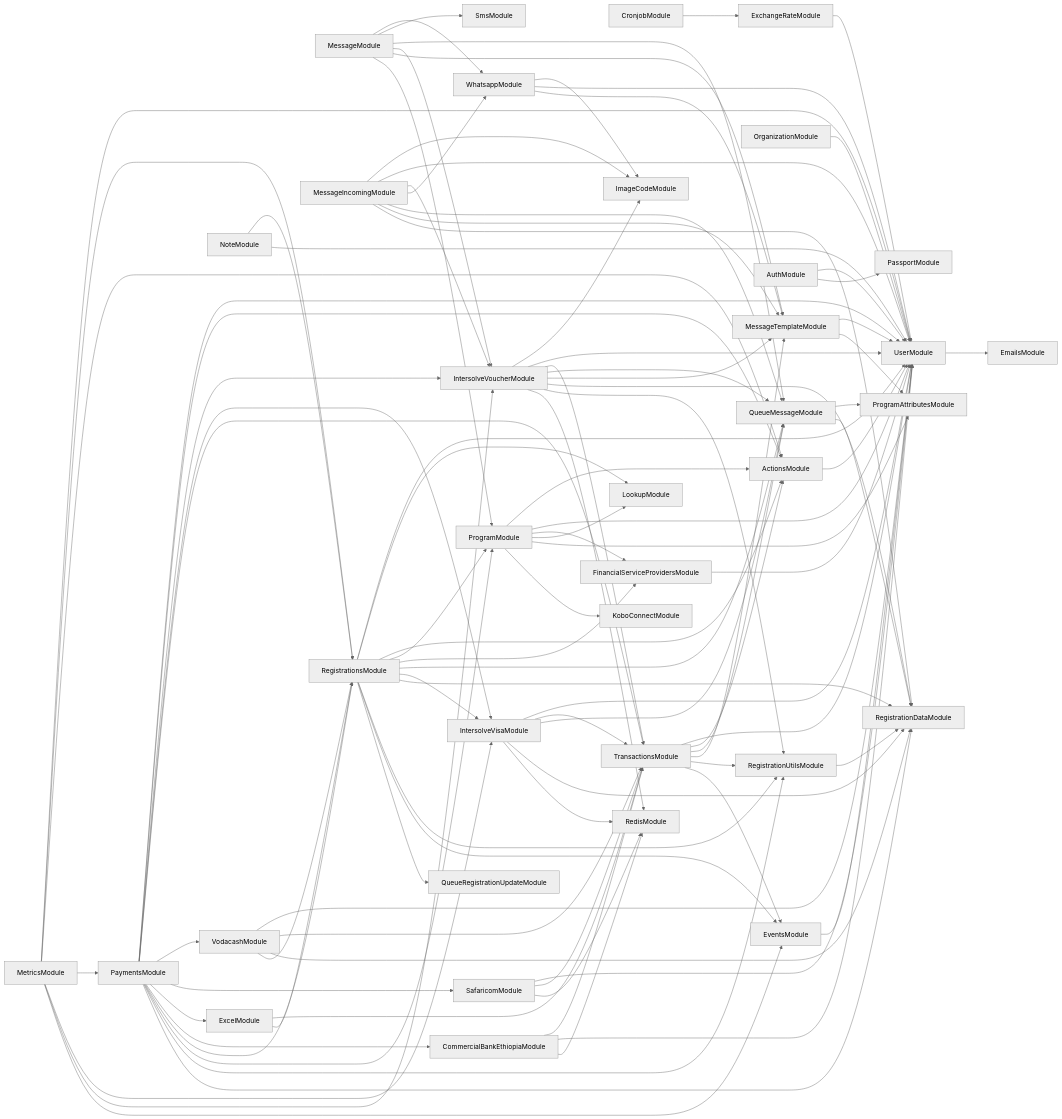
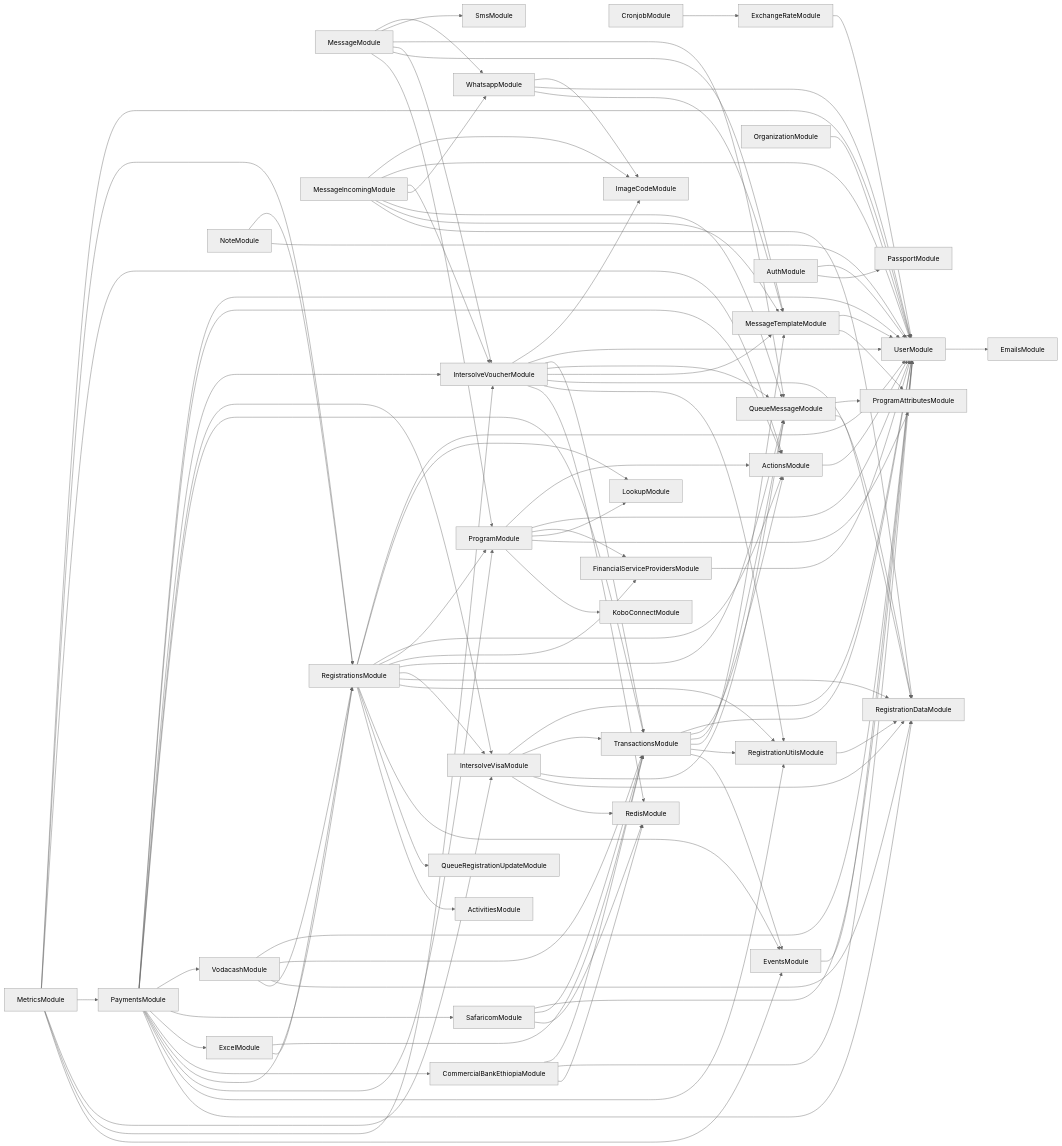
The diagram in services/121-service/module-dependencies.md (global-121/121-platform), drawn with Mermaid (neutral theme) before and after one commit. The commit also changed 5 other files, not shown here.

```diff
--- a/services/121-service/module-dependencies.md
+++ b/services/121-service/module-dependencies.md
@@ -61,6 +61,7 @@
   RegistrationsModule-->RegistrationUtilsModule
   RegistrationsModule-->EventsModule
   RegistrationsModule-->QueueRegistrationUpdateModule
+  RegistrationsModule-->ActivitiesModule
   MetricsModule-->ActionsModule
   MetricsModule-->PaymentsModule
   PaymentsModule-->UserModule
```
